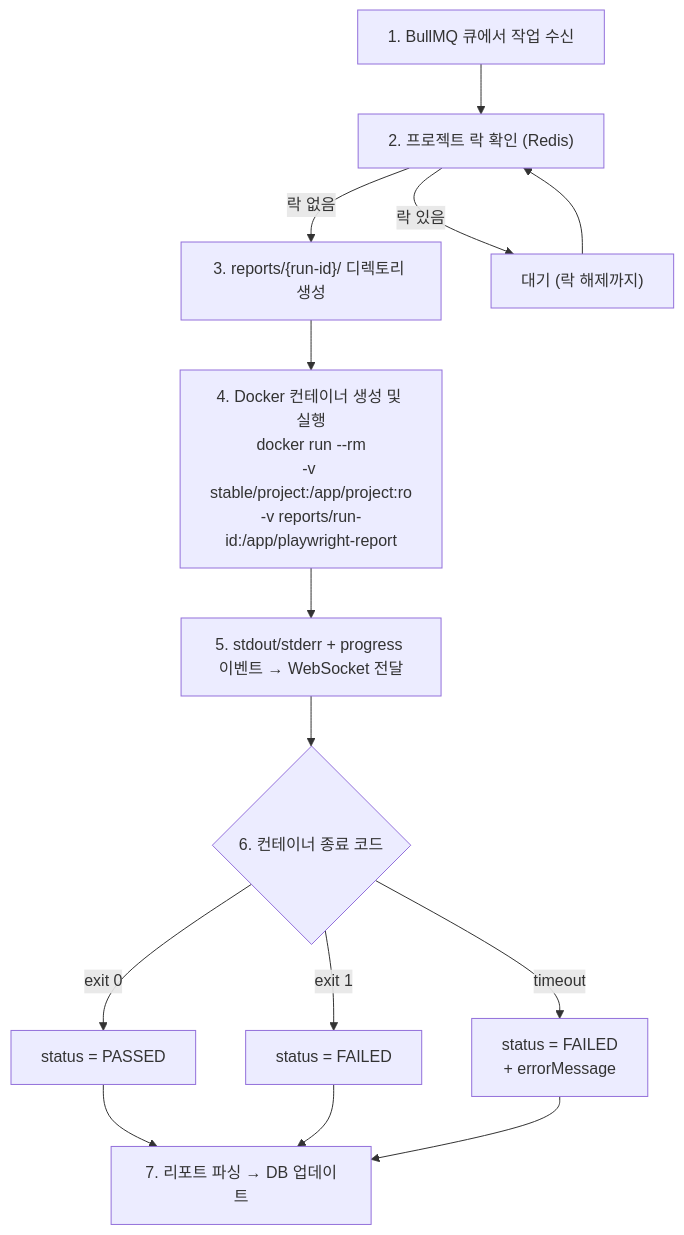
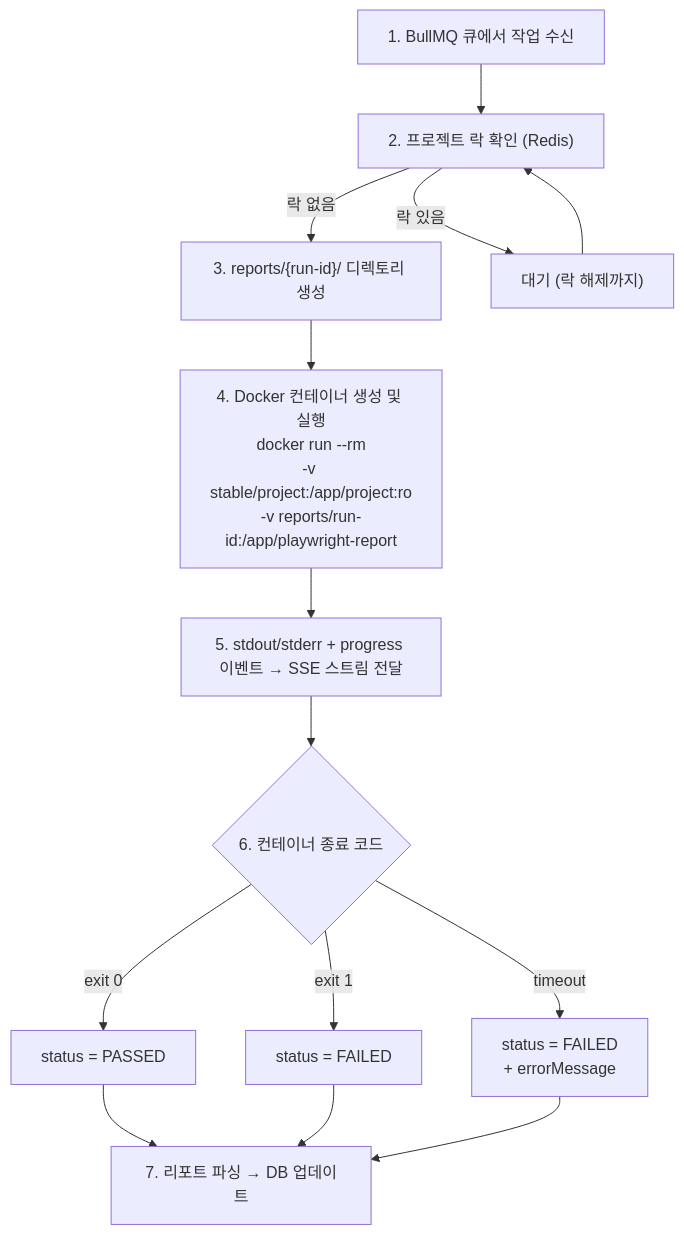
Before and after one commit to ColdzyBoy/playwright-hub: the fourth of 4 diagrams in docs/specs/05_인프라_배포명세서.md, drawn with Mermaid. The commit also changed other lines of this file and 20 other files, not shown here.

````diff
--- a/docs/specs/05_인프라_배포명세서.md
+++ b/docs/specs/05_인프라_배포명세서.md
@@ -157,16 +157,16 @@
 ```mermaid
 flowchart TD
     A["1. BullMQ 큐에서 작업 수신"] --> B["2. 프로젝트 락 확인 (Redis)"]
     B -->|락 없음| C["3. reports/{run-id}/ 디렉토리 생성"]
     B -->|락 있음| B2["대기 (락 해제까지)"]
     B2 --> B
     C --> D["4. Docker 컨테이너 생성 및 실행<br/>docker run --rm<br/>-v stable/project:/app/project:ro<br/>-v reports/run-id:/app/playwright-report"]
-    D --> E["5. stdout/stderr + progress 이벤트 → WebSocket 전달"]
+    D --> E["5. stdout/stderr + progress 이벤트 → SSE 스트림 전달"]
     E --> F{"6. 컨테이너 종료 코드"}
     F -->|exit 0| G["status = PASSED"]
     F -->|exit 1| H["status = FAILED"]
     F -->|timeout| I["status = FAILED<br/>+ errorMessage"]
     G --> J["7. 리포트 파싱 → DB 업데이트"]
     H --> J
     I --> J
 ```
````
